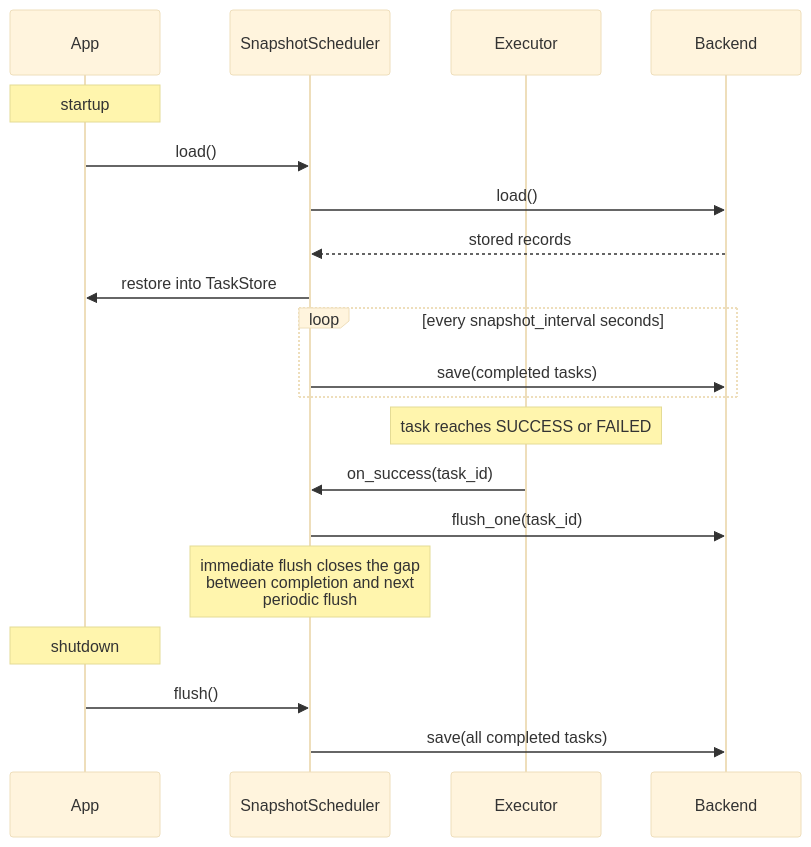
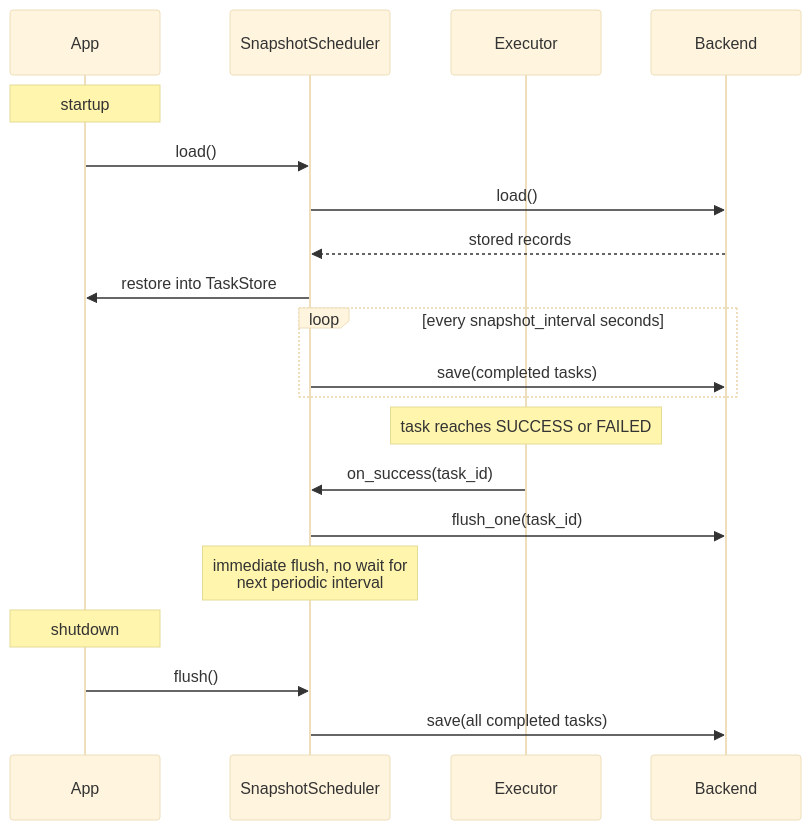
Before and after one commit to Attakay78/fastapi-taskflow: the diagram in docs/guide/persistence.md, drawn with Mermaid (base theme). The commit also changed other lines of this file and 78 other files, not shown here.

````diff
--- a/docs/guide/persistence.md
+++ b/docs/guide/persistence.md
@@ -43,26 +135,26 @@
 ```mermaid
 sequenceDiagram
     participant App
     participant SnapshotScheduler
     participant Executor
     participant Backend
 
     Note over App: startup
     App->>SnapshotScheduler: load()
     SnapshotScheduler->>Backend: load()
     Backend-->>SnapshotScheduler: stored records
     SnapshotScheduler->>App: restore into TaskStore
 
     loop every snapshot_interval seconds
         SnapshotScheduler->>Backend: save(completed tasks)
     end
 
     Note over Executor: task reaches SUCCESS or FAILED
     Executor->>SnapshotScheduler: on_success(task_id)
     SnapshotScheduler->>Backend: flush_one(task_id)
-    Note over SnapshotScheduler: immediate flush closes the gap<br/>between completion and next<br/>periodic flush
+    Note over SnapshotScheduler: immediate flush, no wait for<br/>next periodic interval
 
     Note over App: shutdown
     App->>SnapshotScheduler: flush()
     SnapshotScheduler->>Backend: save(all completed tasks)
 ```
````
